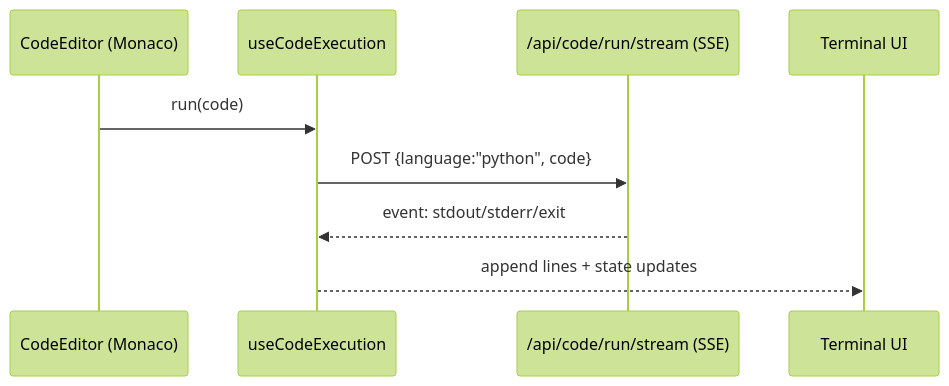
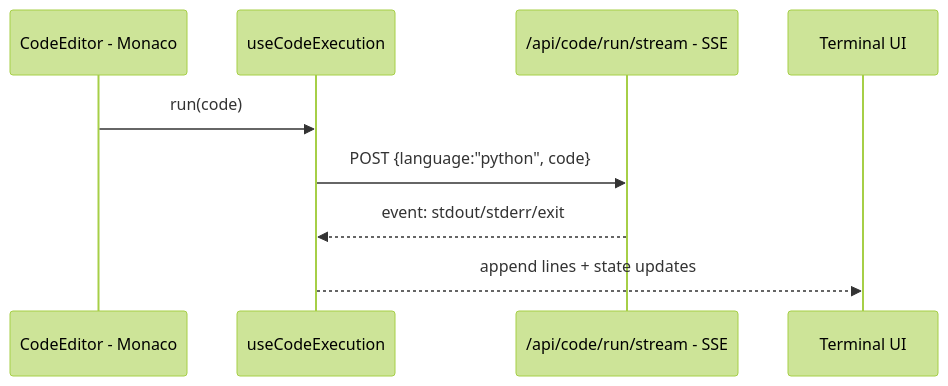
The second of 2 diagrams in docs/FRONTEND.md (shashwatrajiitd/my-platform), drawn with Mermaid (forest theme) before and after one commit. The commit also changed other lines of this file and 2 other files, not shown here.

Commit message:
docs: fix Mermaid diagrams rendering in docs

````diff
--- a/docs/FRONTEND.md
+++ b/docs/FRONTEND.md
@@ -44,12 +44,12 @@
 ```mermaid
 sequenceDiagram
-  participant Editor as CodeEditor (Monaco)
+  participant Editor as CodeEditor - Monaco
   participant Hook as useCodeExecution
-  participant API as /api/code/run/stream (SSE)
+  participant API as /api/code/run/stream - SSE
   participant Term as Terminal UI
 
   Editor->>Hook: run(code)
   Hook->>API: POST {language:"python", code}
   API-->>Hook: event: stdout/stderr/exit
   Hook-->>Term: append lines + state updates
 ```
````
